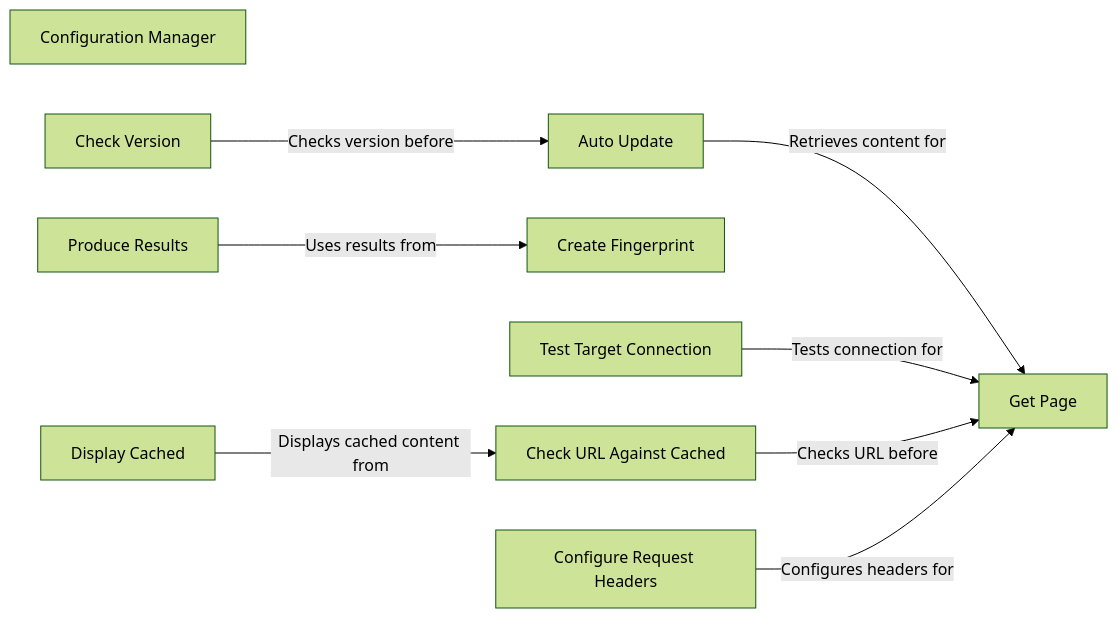
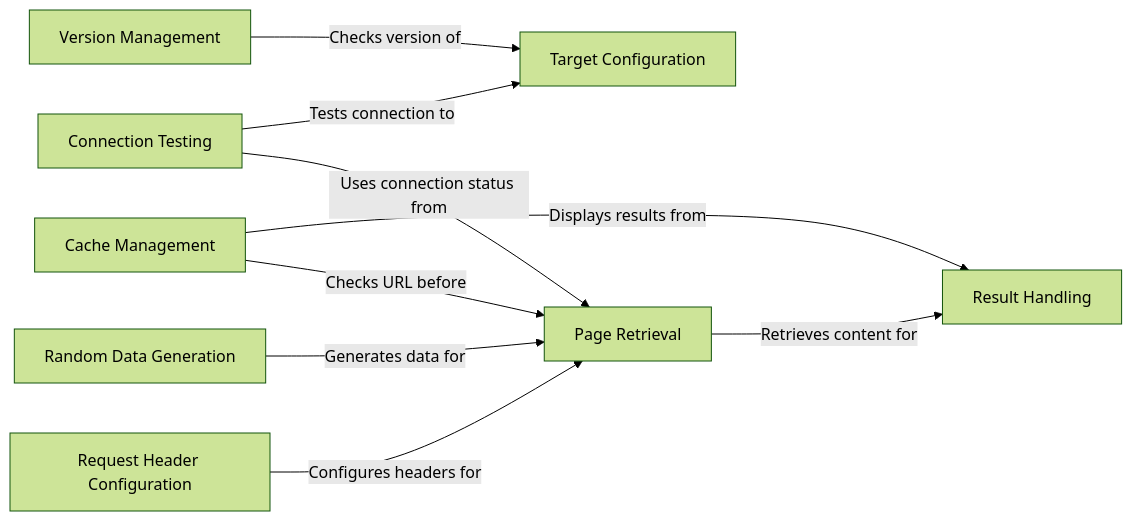
The diagram in WhatWaf/Configuration Manager.md (CodeBoarding/GeneratedOnBoardings), drawn with Mermaid (forest theme) before and after one commit. The commit also changed other lines of this file and 15 other files, not shown here.

````diff
--- a/WhatWaf/Configuration Manager.md
+++ b/WhatWaf/Configuration Manager.md
@@ -1,20 +1,19 @@
 ```mermaid
 graph LR
-    Configuration_Manager["Configuration Manager"]
-    Get_Page["Get Page"]
-    Configure_Request_Headers["Configure Request Headers"]
-    Produce_Results["Produce Results"]
-    Create_Fingerprint["Create Fingerprint"]
-    Check_Version["Check Version"]
-    Auto_Update["Auto Update"]
-    Test_Target_Connection["Test Target Connection"]
-    Check_URL_Against_Cached["Check URL Against Cached"]
-    Display_Cached["Display Cached"]
-    Auto_Update -- "Retrieves content for" --> Get_Page
-    Produce_Results -- "Uses results from" --> Create_Fingerprint
-    Test_Target_Connection -- "Tests connection for" --> Get_Page
-    Check_Version -- "Checks version before" --> Auto_Update
-    Check_URL_Against_Cached -- "Checks URL before" --> Get_Page
-    Display_Cached -- "Displays cached content from" --> Check_URL_Against_Cached
-    Configure_Request_Headers -- "Configures headers for" --> Get_Page
+    Target_Configuration["Target Configuration"]
+    Request_Header_Configuration["Request Header Configuration"]
+    Version_Management["Version Management"]
+    Connection_Testing["Connection Testing"]
+    Result_Handling["Result Handling"]
+    Page_Retrieval["Page Retrieval"]
+    Cache_Management["Cache Management"]
+    Random_Data_Generation["Random Data Generation"]
+    Request_Header_Configuration -- "Configures headers for" --> Page_Retrieval
+    Page_Retrieval -- "Retrieves content for" --> Result_Handling
+    Random_Data_Generation -- "Generates data for" --> Page_Retrieval
+    Connection_Testing -- "Uses connection status from" --> Page_Retrieval
+    Cache_Management -- "Checks URL before" --> Page_Retrieval
+    Cache_Management -- "Displays results from" --> Result_Handling
+    Version_Management -- "Checks version of" --> Target_Configuration
+    Connection_Testing -- "Tests connection to" --> Target_Configuration
 ```
````
